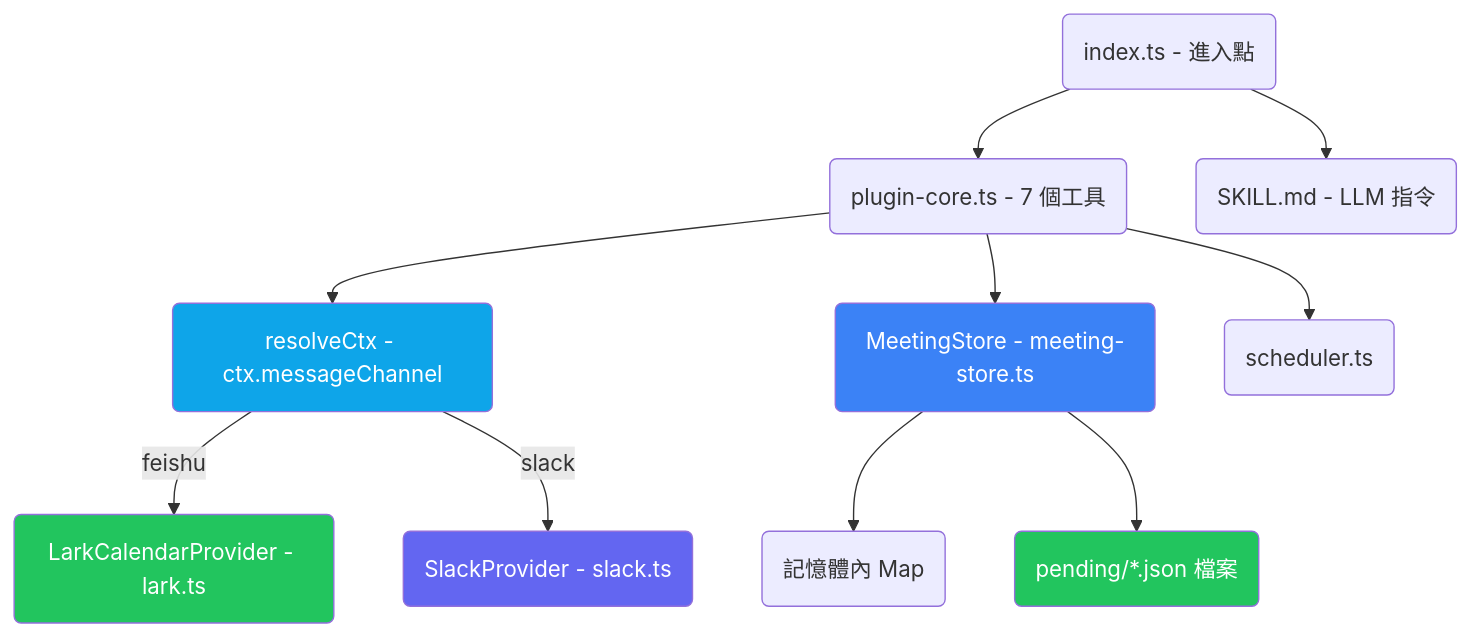
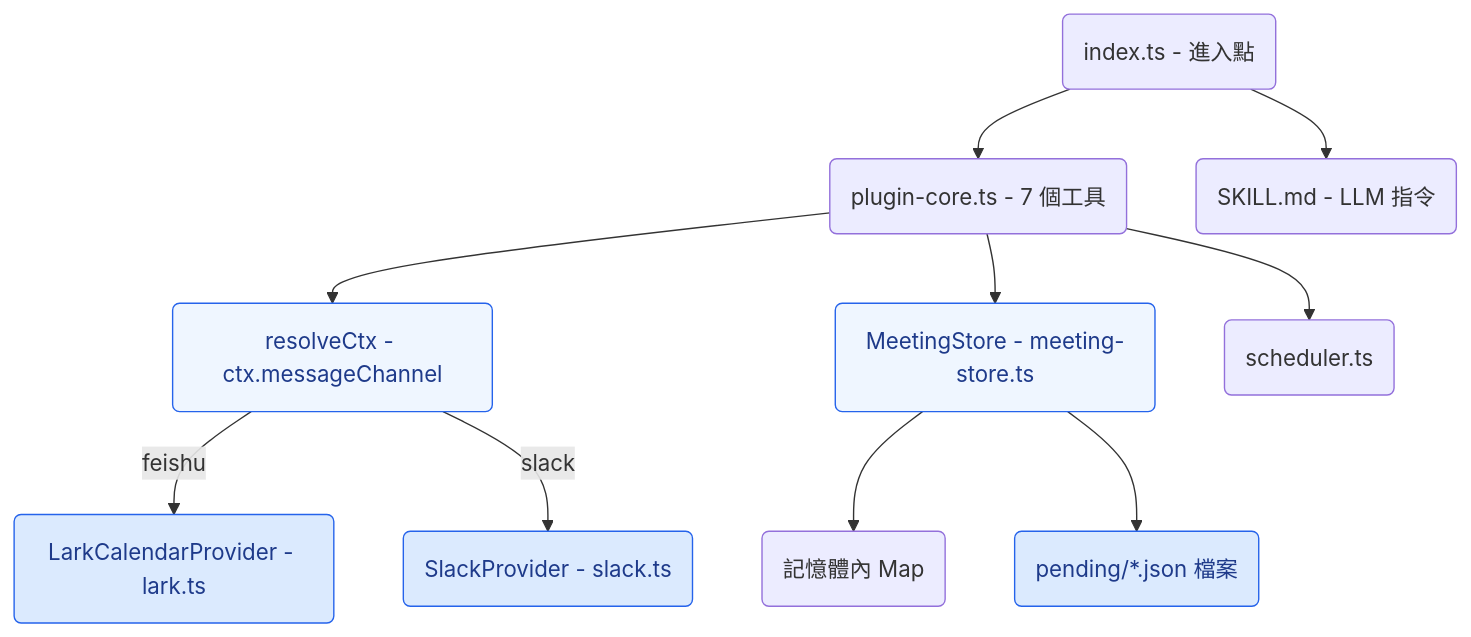
One commit to javana3/claw_meeting_all changed the seventh of 13 diagrams in README.zh-TW.md. Above: the diagram before and after it, drawn with Mermaid. The commit also changed other lines of this file and 3 other files, not shown here.

````diff
--- a/README.zh-TW.md
+++ b/README.zh-TW.md
@@ -235,18 +235,18 @@
 ```mermaid
 graph TD
     IDX(index.ts - 進入點) --> CORE(plugin-core.ts - 7 個工具)
     CORE --> ROUTER(resolveCtx - ctx.messageChannel)
     ROUTER -->|feishu| LP(LarkCalendarProvider - lark.ts)
     ROUTER -->|slack| SP(SlackProvider - slack.ts)
     CORE --> STORE(MeetingStore - meeting-store.ts)
     STORE --> MEM(記憶體內 Map)
     STORE --> DISK(pending/*.json 檔案)
     CORE --> SCHED(scheduler.ts)
     IDX --> SKILL(SKILL.md - LLM 指令)
 
-    style ROUTER fill:#0ea5e9,color:#fff
-    style STORE fill:#3b82f6,color:#fff
-    style DISK fill:#22c55e,color:#fff
-    style LP fill:#22c55e,color:#fff
-    style SP fill:#6366f1,color:#fff
+    style ROUTER fill:#eff6ff,stroke:#2563eb,color:#1e3a8a
+    style STORE fill:#eff6ff,stroke:#2563eb,color:#1e3a8a
+    style DISK fill:#dbeafe,stroke:#2563eb,color:#1e3a8a
+    style LP fill:#dbeafe,stroke:#2563eb,color:#1e3a8a
+    style SP fill:#dbeafe,stroke:#2563eb,color:#1e3a8a
 ```
````
